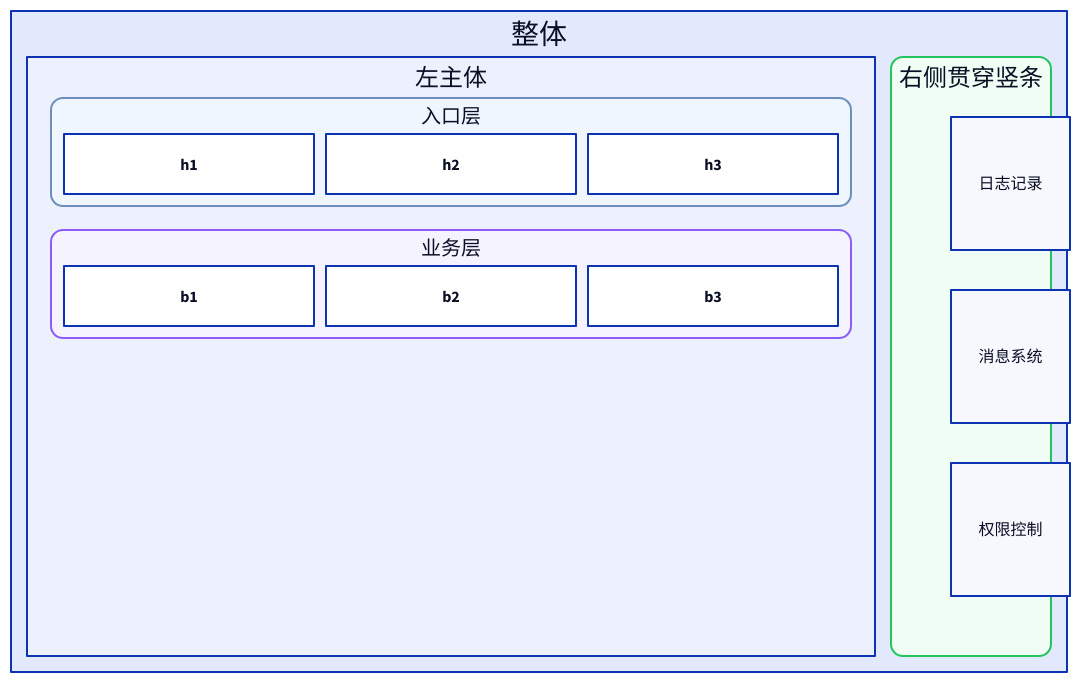
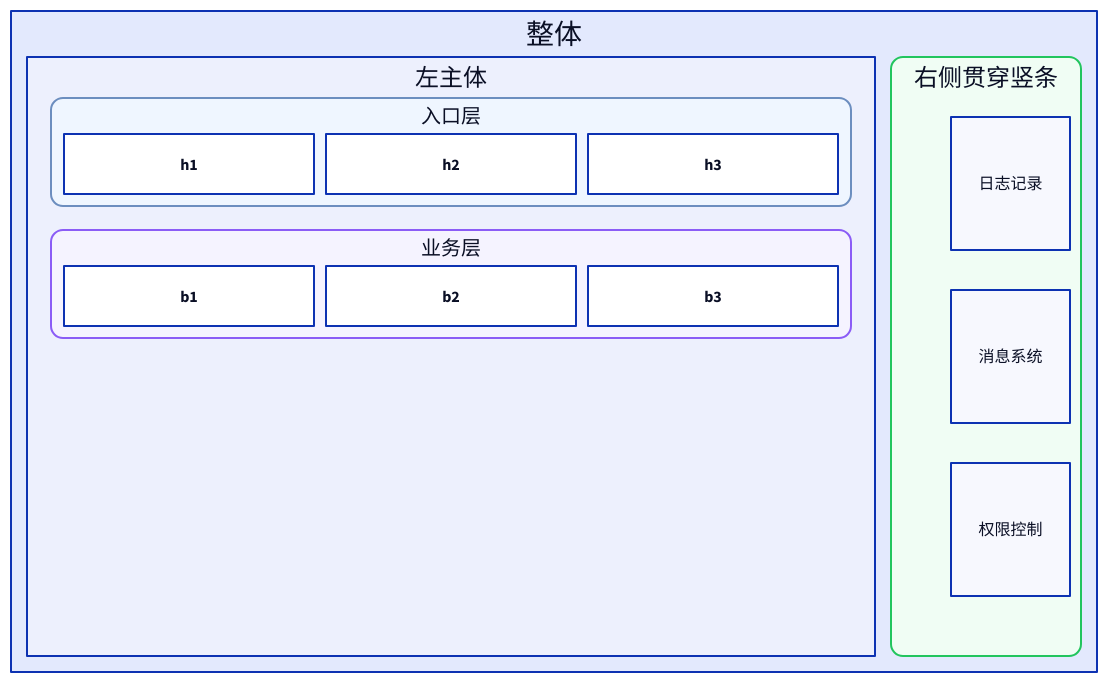
Before and after one commit to syllr/skills: the fifth of 9 diagrams in skills/c4-container-diagram/SKILL.md, drawn with D2. The commit also changed other lines of this file, not shown here.

Commit message:
fix: 竖条子容器右超界 — 竖条 width 必须容纳 label + padding
用户反馈: 竖条(效果监控)内子容器向右超出父容器右边界。
实测定位: 竖条 width:170, 子容器 label(ROI 分析)自然宽 119 +
左右 padding 各 60 = 需 239 > 170 → 子容器右边界超父 9px。

修复: 竖条 width 170 → 190(最宽 label 119 + padding 60 = 179 < 190)
- 实测: 竖条右边界 1082, 子容器右边界 1071 → 富余 11px ✓
- 6.13 新增规则: 竖条 width ≥ 最宽子容器 label + 120 padding
- 5.4 模板竖条 width 160 → 190 同步

验证: fig1 + 5.4 模板均四边不超界(SVG 坐标确证)

````diff
--- a/skills/c4-container-diagram/SKILL.md
+++ b/skills/c4-container-diagram/SKILL.md
@@ -424,32 +424,32 @@
 ```d2
 vars: { d2-config: { layout-engine: elk } }
 整体: {
   grid-columns: 2          # ← 分两栏：左主体 + 右贯穿栏（3 栏则为左右双竖条）
   grid-rows: 1
   grid-gap: 16
 
   左主体: {                 # 主体：内部各层纵向堆叠（复用 §5.1 结构）
     grid-rows: 1; grid-columns: 1; grid-gap: 24
     入口层: { width: 800; grid-columns: 3; grid-gap: 12; style.fill: "#eff6ff"; style.stroke: "#6c8ebf"; style.border-radius: 12
       h1: { width: 250; height: 60; class: module }
       h2: { width: 250; height: 60; class: module }
       h3: { width: 250; height: 60; class: module }
     }
     业务层: { width: 800; grid-columns: 3; grid-gap: 12; style.fill: "#f5f3ff"; style.stroke: "#8b5cf6"; style.border-radius: 12
       b1: { width: 250; height: 60; class: module }
       b2: { width: 250; height: 60; class: module }
       b3: { width: 250; height: 60; class: module }
     }
   }
 
   右侧贯穿竖条: {            # ← 贯穿栏：独立顶层容器，高度由外层 grid 与主体现高（勿设 height，会被覆盖）
-    width: 160
+    width: 190               # ← 必须 ≥ 最宽子容器 label + 120 padding，否则子容器右超界（见 6.13）
     grid-columns: 1           # ← 关键：只定义列（一维）+ 不写 grid-gap → 子容器垂直均匀分布（见 6.13）
     style.fill: "#f0fdf4"; style.stroke: "#22c55e"; style.border-radius: 12
     # 子容器 height 按 6.13 公式：主体高 600 时 → (600−120−2×40)/3 ≈ 133
     r1: { label: "日志记录"; height: 133; class: module }
     r2: { label: "消息系统"; height: 133; class: module }
     r3: { label: "权限控制"; height: 133; class: module }
   }
 }
 ```
````
